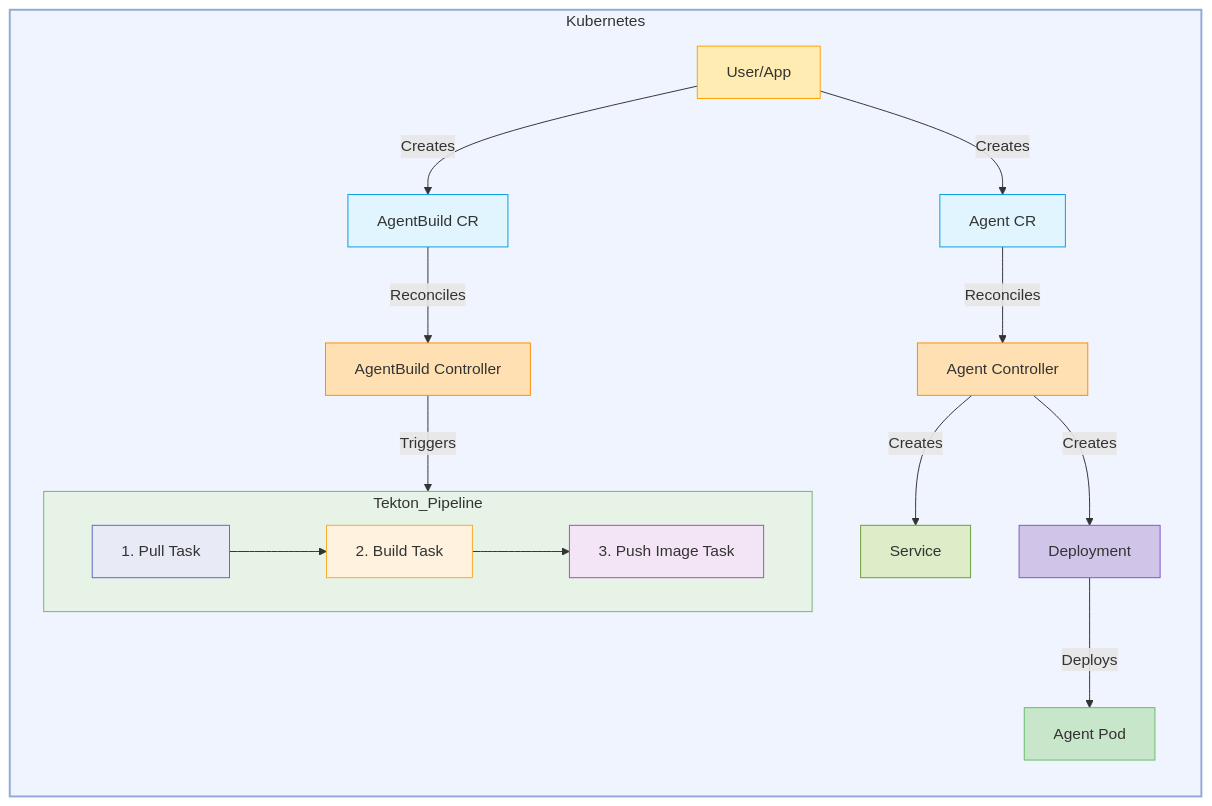
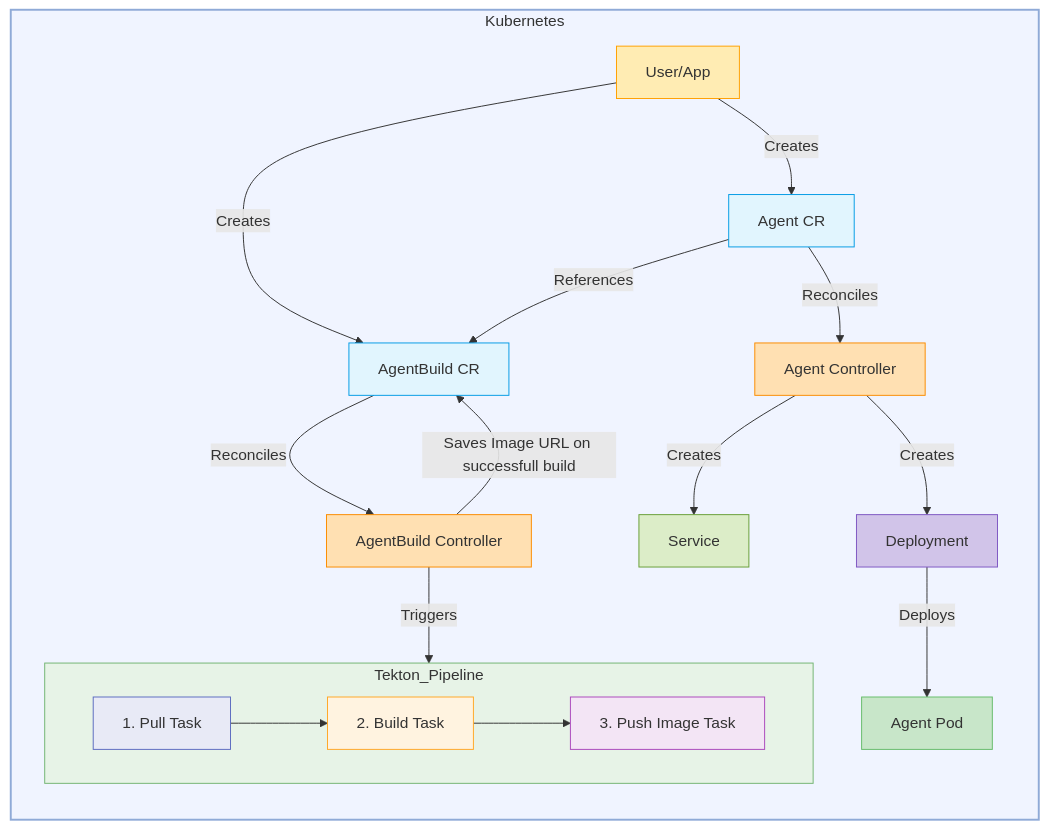
One commit to mrsabath/kagenti-operator changed the diagram in kagenti-operator/README.md. Above: the diagram before and after it, drawn with Mermaid. The commit also changed 1 other file, not shown here.

Commit message:
update operator architecture diagram

````diff
--- a/kagenti-operator/README.md
+++ b/kagenti-operator/README.md
@@ -6,58 +6,60 @@
 ```mermaid
 graph TD;
     subgraph Kubernetes
         direction TB
         style Kubernetes fill:#f0f4ff,stroke:#8faad7,stroke-width:2px
         
         User[User/App]
         style User fill:#ffecb3,stroke:#ffa000
         
         AgentCRD["Agent CR"] 
         style AgentCRD fill:#e1f5fe,stroke:#039be5
         
         AgentBuildCRD["AgentBuild CR"]
         style AgentBuildCRD fill:#e1f5fe,stroke:#039be5
         
         User -->|Creates| AgentCRD
         User -->|Creates| AgentBuildCRD
         
         AgentController[Agent Controller] 
         style AgentController fill:#ffe0b2,stroke:#fb8c00
         
         AgentBuildController[AgentBuild Controller]
         style AgentBuildController fill:#ffe0b2,stroke:#fb8c00
         
         Service_Service[Service]
         style Service_Service fill:#dcedc8,stroke:#689f38
         
         Deployment_Deployment[Deployment]
         style Deployment_Deployment fill:#d1c4e9,stroke:#7e57c2
         
         AgentPod[Agent Pod]
         style AgentPod fill:#c8e6c9,stroke:#66bb6a
         
         AgentCRD -->|Reconciles| AgentController
         AgentBuildCRD -->|Reconciles| AgentBuildController
         
         AgentController --> |Creates| Service_Service
         AgentController --> |Creates| Deployment_Deployment
         
         Deployment_Deployment --> |Deploys| AgentPod
         
         subgraph Tekton_Pipeline
             direction LR
             style Tekton_Pipeline fill:#e7f3e7,stroke:#73b473,stroke-width:1px
             
             Pull[1. Pull Task]
             style Pull fill:#e8eaf6,stroke:#5c6bc0
             Build[2. Build Task]
             style Build fill:#fff3e0,stroke:#ffa726
             Push[3. Push Image Task]
             style Push fill:#f3e5f5,stroke:#ab47bc
             Pull --> Build --> Push
         end
         
         AgentBuildController -->|Triggers| Tekton_Pipeline
-    
+       
+        AgentBuildController -->|Saves Image URL on successfull build| AgentBuildCRD
+        AgentCRD -->|References| AgentBuildCRD
     end
 ```    
````
